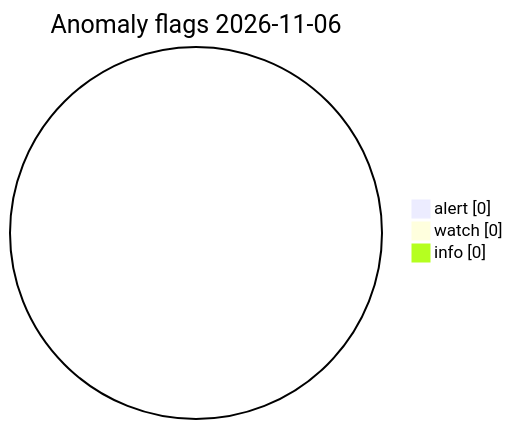
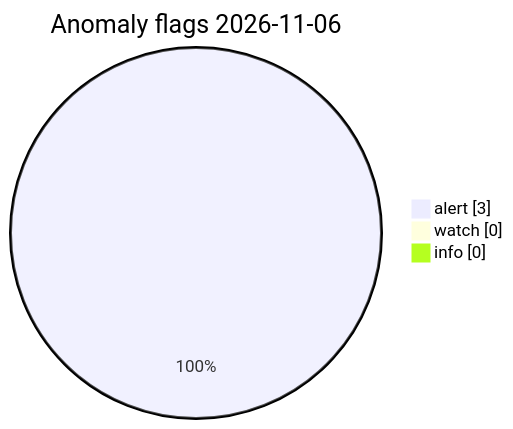
The diagram in visuals/latest/CHARTS.md (Midwest-Stratospheric/Unified-Open-Global-Weather), drawn with Mermaid before and after one commit. The commit also changed other lines of this file and 13 other files, not shown here.

Commit message:
data(visuals): automated charts 2026-11-06T16:52Z

````diff
--- a/visuals/latest/CHARTS.md
+++ b/visuals/latest/CHARTS.md
@@ -73,7 +73,7 @@
 ```mermaid
 pie showData
   title Anomaly flags 2026-11-06
-  "alert" : 0
+  "alert" : 3
   "watch" : 0
   "info" : 0
 ```
````
